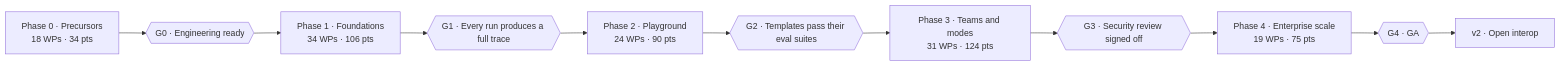
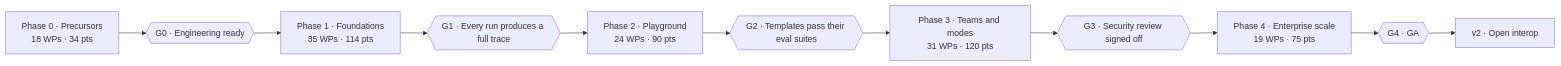
One commit to vikram2409-eng/Lanesra-OS changed the diagram in program/ROADMAP.md. Above: the diagram before and after it, drawn with Mermaid. The commit also changed other lines of this file and 139 other files, not shown here.

````diff
--- a/program/ROADMAP.md
+++ b/program/ROADMAP.md
@@ -9,9 +9,9 @@
 ```mermaid
 flowchart LR
   P0["Phase 0 · Precursors<br/>18 WPs · 34 pts"] --> G0{{"G0 · Engineering ready"}}
-  G0 --> P1["Phase 1 · Foundations<br/>34 WPs · 106 pts"] --> G1{{"G1 · Every run produces a full trace"}}
+  G0 --> P1["Phase 1 · Foundations<br/>35 WPs · 114 pts"] --> G1{{"G1 · Every run produces a full trace"}}
   G1 --> P2["Phase 2 · Playground<br/>24 WPs · 90 pts"] --> G2{{"G2 · Templates pass their eval suites"}}
-  G2 --> P3["Phase 3 · Teams and modes<br/>31 WPs · 124 pts"] --> G3{{"G3 · Security review signed off"}}
+  G2 --> P3["Phase 3 · Teams and modes<br/>31 WPs · 120 pts"] --> G3{{"G3 · Security review signed off"}}
   G3 --> P4["Phase 4 · Enterprise scale<br/>19 WPs · 75 pts"] --> G4{{"G4 · GA"}}
   G4 --> V2["v2 · Open interop"]
 ```
````
